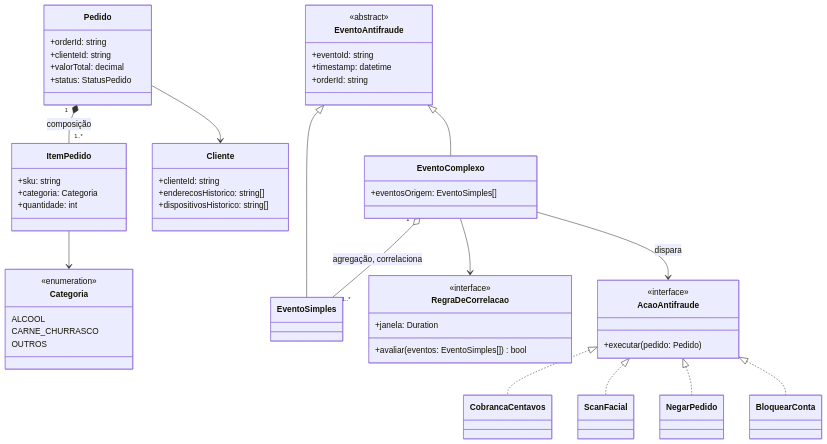
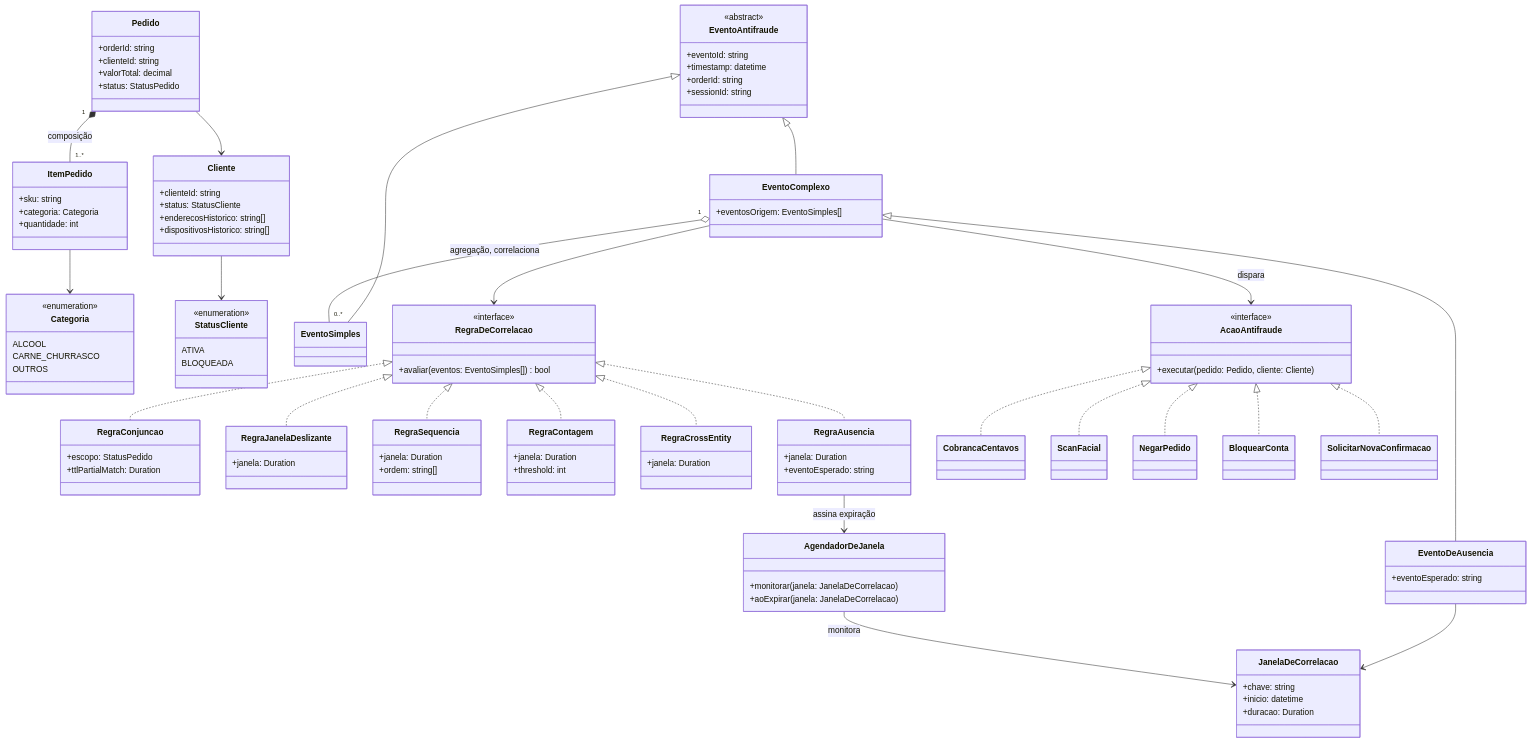
The first of 6 diagrams in ponderada-cep-antifraude.md (AndreLobo1/scsdscd), drawn with Mermaid before and after one commit. The commit also changed other lines of this file, not shown here.

````diff
--- a/ponderada-cep-antifraude.md
+++ b/ponderada-cep-antifraude.md
@@ -79,43 +84,96 @@
     }
     class Cliente {
         +clienteId: string
+        +status: StatusCliente
         +enderecosHistorico: string[]
         +dispositivosHistorico: string[]
+    }
+    class StatusCliente {
+        <<enumeration>>
+        ATIVA
+        BLOQUEADA
     }
     class EventoAntifraude {
         <<abstract>>
         +eventoId: string
         +timestamp: datetime
         +orderId: string
+        +sessionId: string
     }
     class EventoSimples
     class EventoComplexo {
         +eventosOrigem: EventoSimples[]
     }
+    class EventoDeAusencia {
+        +eventoEsperado: string
+    }
+    class JanelaDeCorrelacao {
+        +chave: string
+        +inicio: datetime
+        +duracao: Duration
+    }
+    class AgendadorDeJanela {
+        +monitorar(janela: JanelaDeCorrelacao)
+        +aoExpirar(janela: JanelaDeCorrelacao)
+    }
     class RegraDeCorrelacao {
         <<interface>>
+        +avaliar(eventos: EventoSimples[]) bool
+    }
+    class RegraConjuncao {
+        +escopo: StatusPedido
+        +ttlPartialMatch: Duration
+    }
+    class RegraJanelaDeslizante {
         +janela: Duration
-        +avaliar(eventos: EventoSimples[]) bool
+    }
+    class RegraSequencia {
+        +janela: Duration
+        +ordem: string[]
+    }
+    class RegraContagem {
+        +janela: Duration
+        +threshold: int
+    }
+    class RegraCrossEntity {
+        +janela: Duration
+    }
+    class RegraAusencia {
+        +janela: Duration
+        +eventoEsperado: string
     }
     class AcaoAntifraude {
         <<interface>>
-        +executar(pedido: Pedido)
+        +executar(pedido: Pedido, cliente: Cliente)
     }
     class CobrancaCentavos
     class ScanFacial
     class NegarPedido
     class BloquearConta
+    class SolicitarNovaConfirmacao
 
     Pedido "1" *-- "1..*" ItemPedido : composição
     ItemPedido --> Categoria
     Pedido --> Cliente
+    Cliente --> StatusCliente
     EventoAntifraude <|-- EventoSimples
     EventoAntifraude <|-- EventoComplexo
+    EventoComplexo <|-- EventoDeAusencia
+    EventoDeAusencia --> JanelaDeCorrelacao
+    AgendadorDeJanela --> JanelaDeCorrelacao : monitora
+    RegraAusencia --> AgendadorDeJanela : assina expiração
     EventoComplexo --> RegraDeCorrelacao
-    EventoComplexo "1" o-- "1..*" EventoSimples : agregação, correlaciona
+    EventoComplexo "1" o-- "0..*" EventoSimples : agregação, correlaciona
     EventoComplexo --> AcaoAntifraude : dispara
+    RegraDeCorrelacao <|.. RegraConjuncao
+    RegraDeCorrelacao <|.. RegraJanelaDeslizante
+    RegraDeCorrelacao <|.. RegraSequencia
+    RegraDeCorrelacao <|.. RegraContagem
+    RegraDeCorrelacao <|.. RegraCrossEntity
+    RegraDeCorrelacao <|.. RegraAusencia
     AcaoAntifraude <|.. CobrancaCentavos
     AcaoAntifraude <|.. ScanFacial
     AcaoAntifraude <|.. NegarPedido
     AcaoAntifraude <|.. BloquearConta
+    AcaoAntifraude <|.. SolicitarNovaConfirmacao
 ```
````
